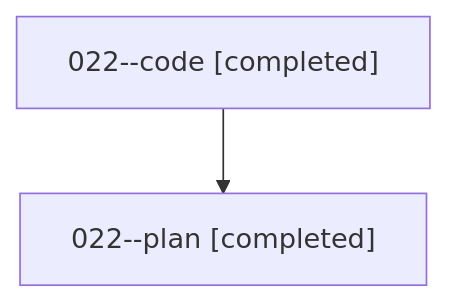
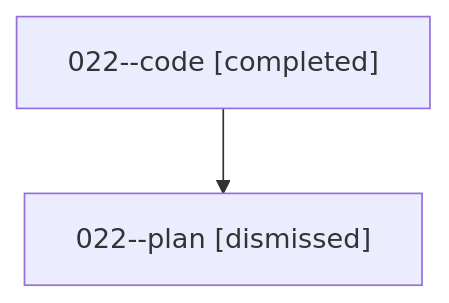
Before and after one commit to bobs-org/bob-cli--agents: the diagram in families/bbugyi200.athena.022.md, drawn with Mermaid. The commit also changed other lines of this file and 265 other files, not shown here.

````diff
--- a/families/bbugyi200.athena.022.md
+++ b/families/bbugyi200.athena.022.md
@@ -9,6 +9,6 @@
 ```mermaid
 flowchart TD
   n0["022--code [completed]"]
-  n1["022--plan [completed]"]
+  n1["022--plan [dismissed]"]
   n0 --> n1
 ```
````
